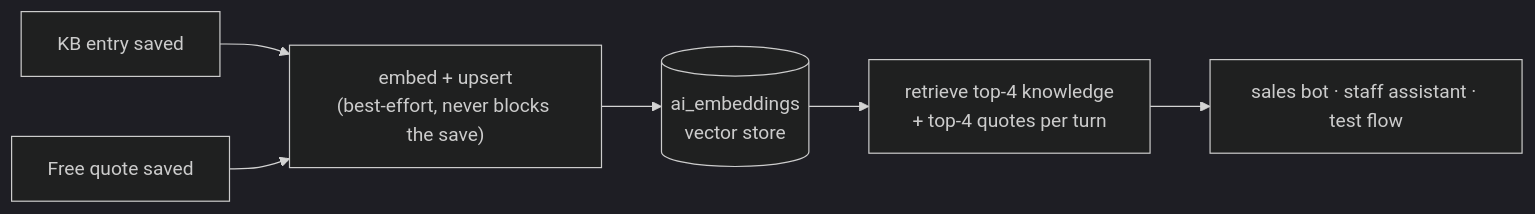
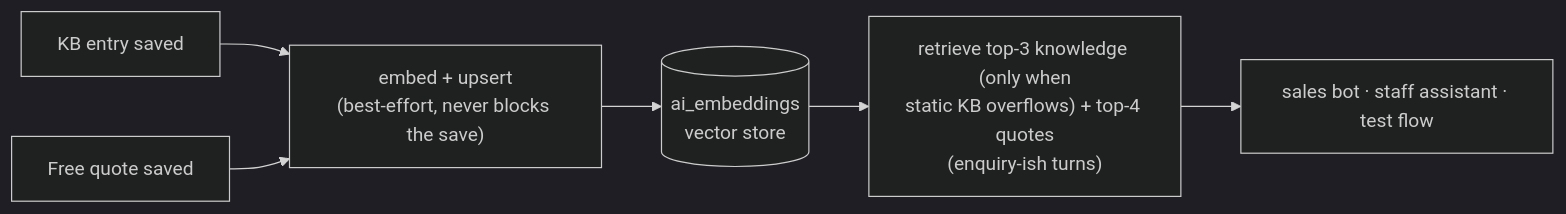
Before and after one commit to Jhay1413/travana-V2: the sixth of 7 diagrams in docs/ai-architecture.md, drawn with Mermaid (dark theme). The commit also changed other lines of this file and 39 other files, not shown here.

````diff
--- a/docs/ai-architecture.md
+++ b/docs/ai-architecture.md
@@ -247,8 +337,8 @@
 ```mermaid
 flowchart LR
     KBS["KB entry saved"] --> SYNC["embed + upsert<br/>(best-effort, never blocks the save)"]
     QS["Free quote saved"] --> SYNC
     SYNC --> V[("ai_embeddings<br/>vector store")]
-    V --> RET["retrieve top-4 knowledge<br/>+ top-4 quotes per turn"]
+    V --> RET["retrieve top-3 knowledge (only when<br/>static KB overflows) + top-4 quotes<br/>(enquiry-ish turns)"]
     RET --> BOTS["sales bot · staff assistant · test flow"]
 ```
````
